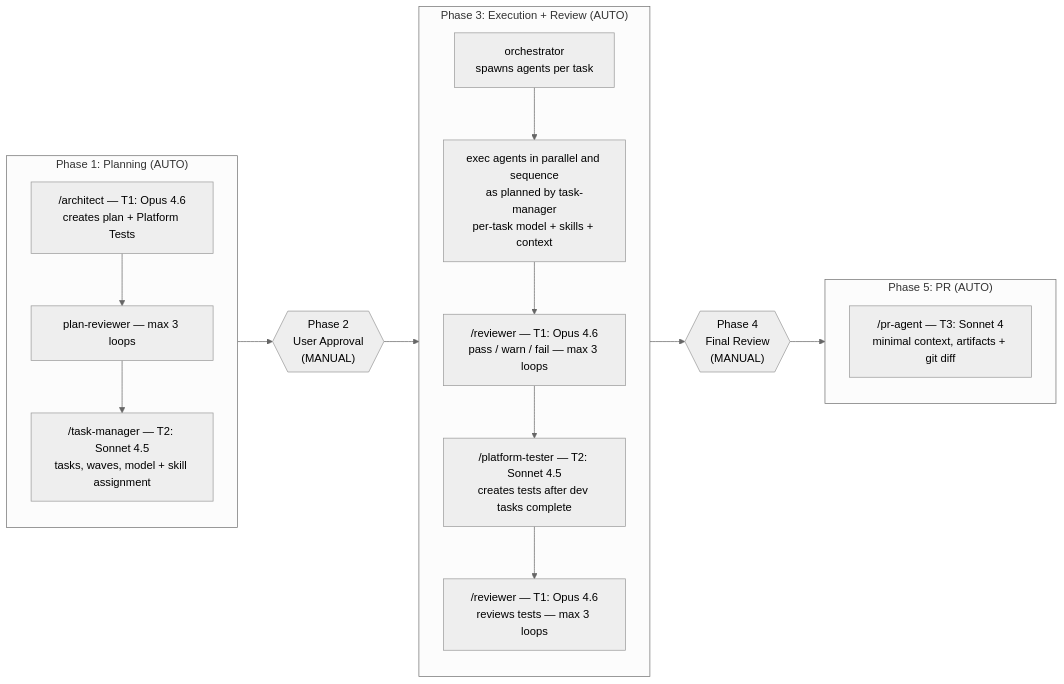
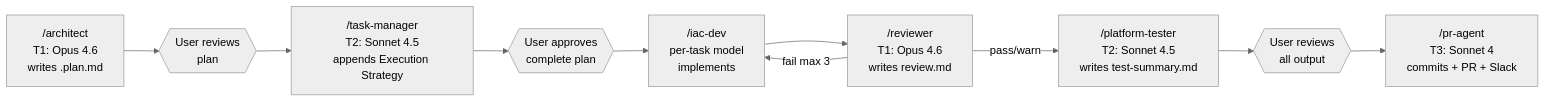
The diagram in cursor/README.md (yogeshelke/.dotfiles), drawn with Mermaid (neutral theme) before and after one commit. The commit also changed other lines of this file and 17 other files, not shown here.

````diff
--- a/cursor/README.md
+++ b/cursor/README.md
@@ -37,29 +40,15 @@
 ```mermaid
 flowchart LR
-    subgraph P1["Phase 1: Planning (AUTO)"]
-        direction TB
-        A1["/architect — T1: Opus 4.6<br/>creates plan + Platform Tests"]
-        A1 --> A2["plan-reviewer — max 3 loops"]
-        A2 --> A3["/task-manager — T2: Sonnet 4.5<br/>tasks, waves, model + skill assignment"]
-    end
+    A1["/architect<br/>T1: Opus 4.6<br/>writes .plan.md"]
+    U1{{"User reviews<br/>plan"}}
+    A2["/task-manager<br/>T2: Sonnet 4.5<br/>appends Execution Strategy"]
+    U2{{"User approves<br/>complete plan"}}
+    B1["/iac-dev<br/>per-task model<br/>implements"]
+    B2["/reviewer<br/>T1: Opus 4.6<br/>writes review.md"]
+    B3["/platform-tester<br/>T2: Sonnet 4.5<br/>writes test-summary.md"]
+    U3{{"User reviews<br/>all output"}}
+    P1["/pr-agent<br/>T3: Sonnet 4<br/>commits + PR + Slack"]
 
-    P2{{"Phase 2<br/>User Approval<br/>(MANUAL)"}}
-
-    subgraph P3["Phase 3: Execution + Review (AUTO)"]
-        direction TB
-        C1["orchestrator<br/>spawns agents per task"]
-        C1 --> C2["exec agents in parallel and sequence<br/>as planned by task-manager<br/>per-task model + skills + context"]
-        C2 --> C3["/reviewer — T1: Opus 4.6<br/>pass / warn / fail — max 3 loops"]
-        C3 --> C4["/platform-tester — T2: Sonnet 4.5<br/>creates tests after dev tasks complete"]
-        C4 --> C5["/reviewer — T1: Opus 4.6<br/>reviews tests — max 3 loops"]
-    end
-
-    P4{{"Phase 4<br/>Final Review<br/>(MANUAL)"}}
-
-    subgraph P5["Phase 5: PR (AUTO)"]
-        direction TB
-        E1["/pr-agent — T3: Sonnet 4<br/>minimal context, artifacts + git diff"]
-    end
-
-    P1 --> P2 --> P3 --> P4 --> P5
+    A1 --> U1 --> A2 --> U2 --> B1 --> B2 -->|pass/warn| B3 --> U3 --> P1
+    B2 -->|fail max 3| B1
 ```
````
